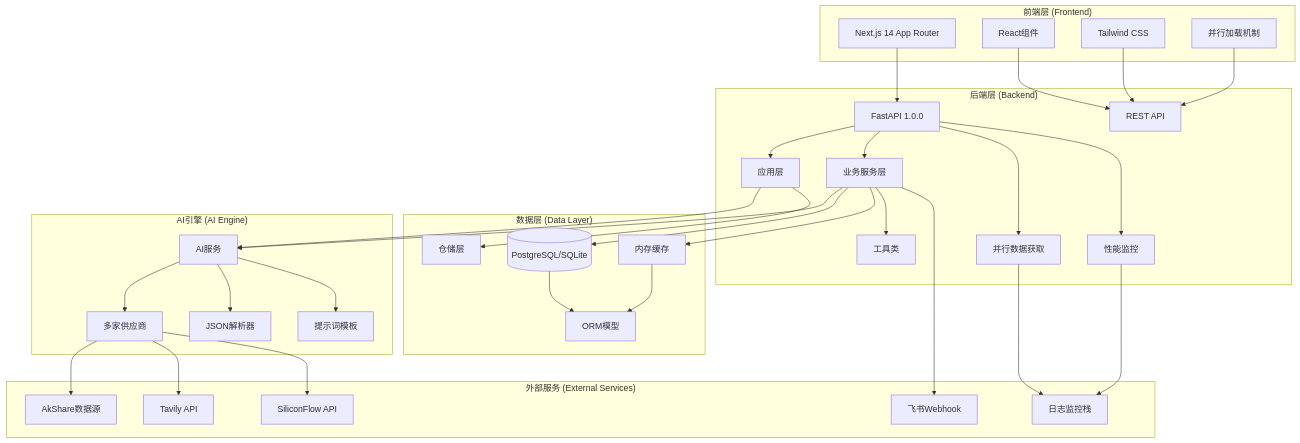
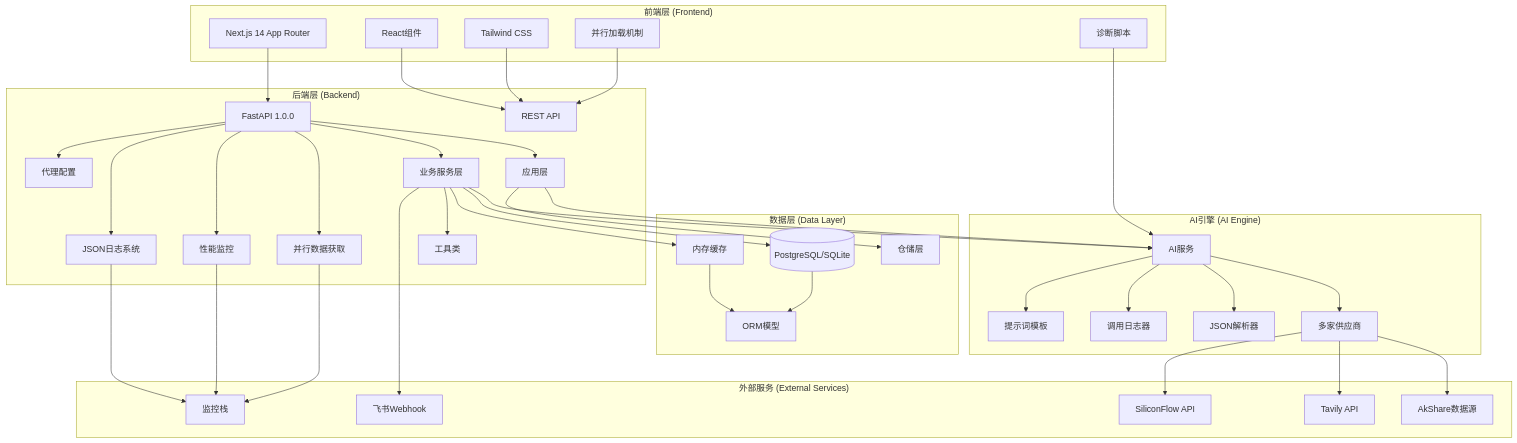
The first of 16 diagrams in .qoder/repowiki/zh/content/Enhanced Ai Analysis Service.md (breeze-lyf/ai-stock-advisor), drawn with Mermaid before and after one commit. The commit also changed other lines of this file and 30 other files, not shown here.

````diff
--- a/.qoder/repowiki/zh/content/Enhanced Ai Analysis Service.md
+++ b/.qoder/repowiki/zh/content/Enhanced Ai Analysis Service.md
@@ -93,62 +104,71 @@
 ```mermaid
 graph TB
 subgraph "前端层 (Frontend)"
 NextJS[Next.js 14 App Router]
 Components[React组件]
 UI[Tailwind CSS]
 ParallelLoad[并行加载机制]
+DiagnosticScript[诊断脚本]
 end
 subgraph "后端层 (Backend)"
 FastAPI[FastAPI 1.0.0]
 API[REST API]
 Services[业务服务层]
 Application[应用层]
 Utils[工具类]
 ParallelFetch[并行数据获取]
 PerformanceMonitor[性能监控]
+JSONLogger[JSON日志系统]
+ProxyConfig[代理配置]
 end
 subgraph "数据层 (Data Layer)"
 Database[(PostgreSQL/SQLite)]
 Cache[内存缓存]
 Models[ORM模型]
 Repositories[仓储层]
 end
 subgraph "AI引擎 (AI Engine)"
 AIService[AI服务]
 Providers[多家供应商]
 Prompts[提示词模板]
 JSONParser[JSON解析器]
+CallLogger[调用日志器]
 end
 subgraph "外部服务 (External Services)"
 AkShare[AkShare数据源]
 Tavily[Tavily API]
 Feishu[飞书Webhook]
 SiliconFlow[SiliconFlow API]
-LoggingStack[日志监控栈]
+MonitoringStack[监控栈]
 end
 NextJS --> FastAPI
 Components --> API
 UI --> API
 ParallelLoad --> API
+DiagnosticScript --> AIService
 FastAPI --> Application
 FastAPI --> Services
 FastAPI --> ParallelFetch
 FastAPI --> PerformanceMonitor
+FastAPI --> JSONLogger
+FastAPI --> ProxyConfig
 Application --> AIService
 Application --> Repositories
 Services --> AIService
 Services --> Database
 Services --> Cache
 AIService --> Providers
 AIService --> JSONParser
+AIService --> CallLogger
 Providers --> AkShare
 Providers --> Tavily
 Providers --> SiliconFlow
 Database --> Models
 Cache --> Models
 AIService --> Prompts
 Services --> Utils
 Services --> Feishu
-ParallelFetch --> LoggingStack
-PerformanceMonitor --> LoggingStack
+ParallelFetch --> MonitoringStack
+PerformanceMonitor --> MonitoringStack
+JSONLogger --> MonitoringStack
 ```
````
